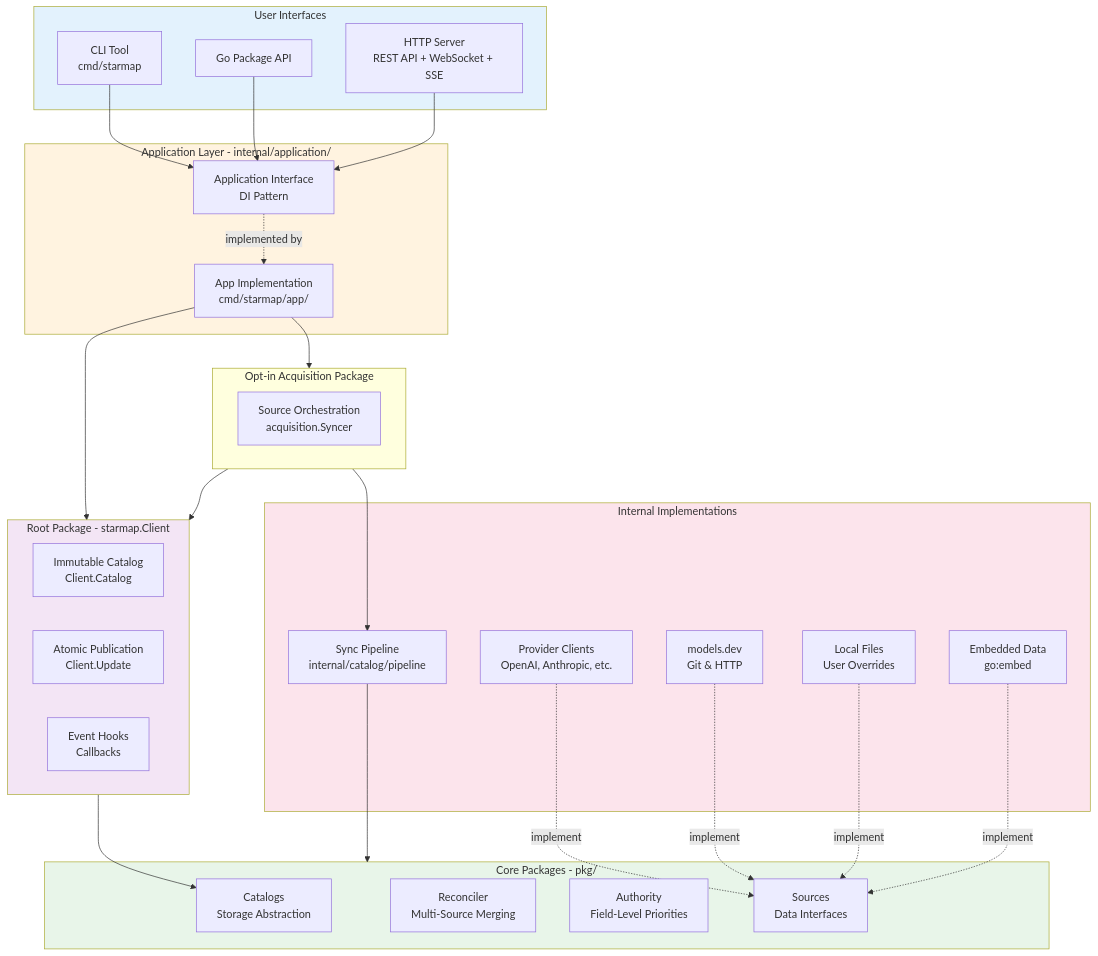
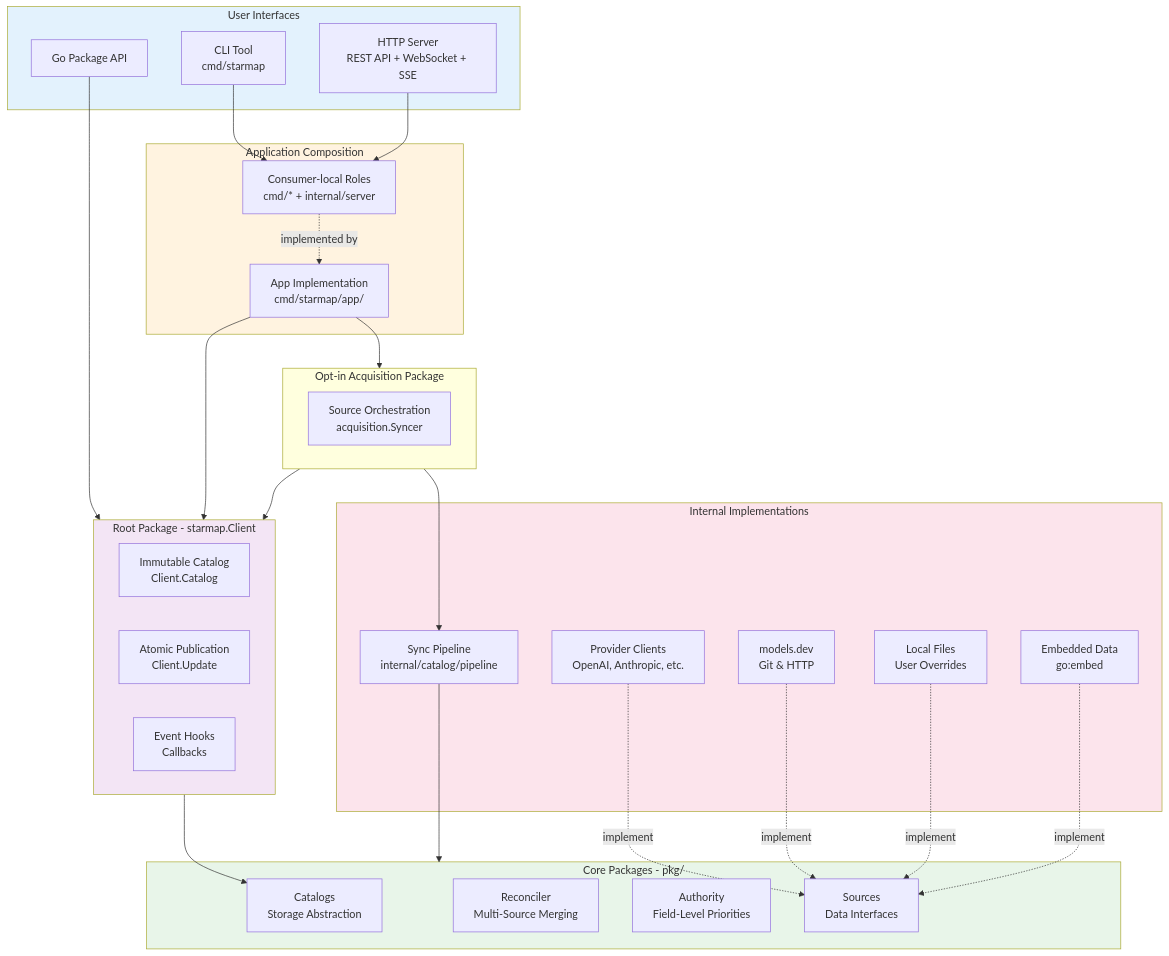
Before and after one commit to agentstation/starmap: the first of 8 diagrams in docs/ARCHITECTURE.md, drawn with Mermaid. The commit also changed other lines of this file and 53 other files, not shown here.

````diff
--- a/docs/ARCHITECTURE.md
+++ b/docs/ARCHITECTURE.md
@@ -37,56 +37,56 @@
 ```mermaid
 graph TB
     subgraph UI["User Interfaces"]
         CLI[CLI Tool<br/>cmd/starmap]
         GO[Go Package API]
         HTTP[HTTP Server<br/>REST API + WebSocket + SSE]
     end
 
-    subgraph APP["Application Layer - internal/application/"]
-        APPIF[Application Interface<br/>DI Pattern]
+    subgraph APP["Application Composition"]
+        APPIF[Consumer-local Roles<br/>cmd/* + internal/server]
         APPIMPL[App Implementation<br/>cmd/starmap/app/]
     end
 
     subgraph ROOT["Root Package - starmap.Client"]
         READ[Immutable Catalog<br/>Client.Catalog]
         PUBLISH[Atomic Publication<br/>Client.Update]
         HOOKS[Event Hooks<br/>Callbacks]
     end
 
     subgraph ACQ["Opt-in Acquisition Package"]
         SYNC[Source Orchestration<br/>acquisition.Syncer]
     end
 
     subgraph CORE["Core Packages - pkg/"]
         CAT[Catalogs<br/>Storage Abstraction]
         REC[Reconciler<br/>Multi-Source Merging]
         AUTH[Authority<br/>Field-Level Priorities]
         SOURCES[Sources<br/>Data Interfaces]
     end
 
     subgraph IMPL["Internal Implementations"]
         PIPE[Sync Pipeline<br/>internal/catalog/pipeline]
         EMBED[Embedded Data<br/>go:embed]
         PROVS[Provider Clients<br/>OpenAI, Anthropic, etc.]
         MODELS[models.dev<br/>Git & HTTP]
         LOCAL[Local Files<br/>User Overrides]
     end
 
     CLI --> APPIF
-    GO --> APPIF
+    GO --> ROOT
     HTTP --> APPIF
     APPIF -.implemented by.-> APPIMPL
     APPIMPL --> ROOT
     APPIMPL --> ACQ
     ACQ --> PIPE
     ACQ --> ROOT
     ROOT --> CAT
     PIPE --> CORE
     PROVS & MODELS & LOCAL & EMBED -.implement.-> SOURCES
 
     style UI fill:#e3f2fd
     style APP fill:#fff3e0
     style ROOT fill:#f3e5f5
     style CORE fill:#e8f5e9
     style IMPL fill:#fce4ec
 ```
````
